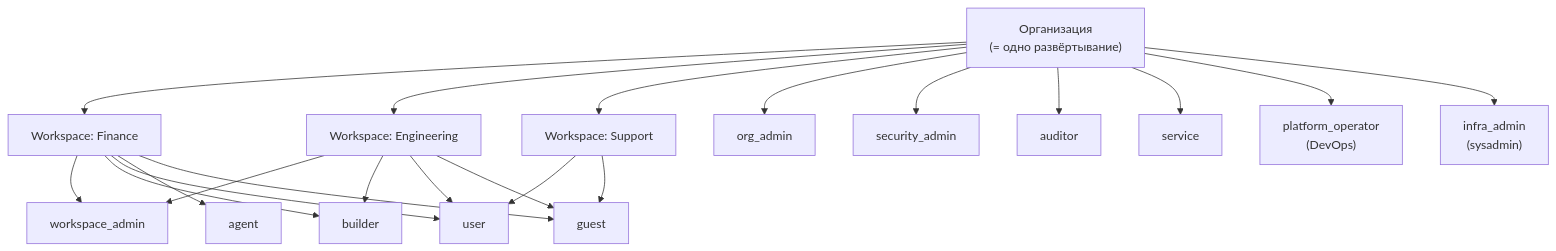
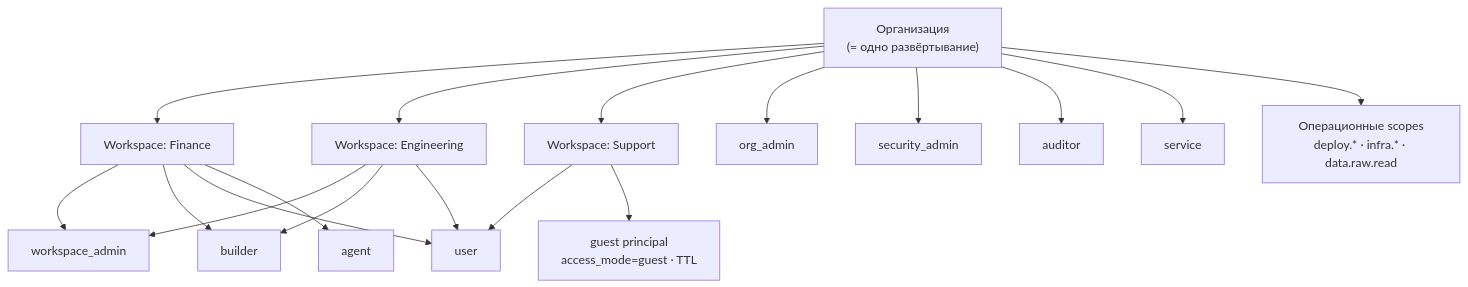
One commit to Alexeykoh/micro-model-agent changed the fourth of 10 diagrams in docs/specs/2026-11-03-enterprise-deployment-design.md. Above: the diagram before and after it, drawn with Mermaid. The commit also changed other lines of this file, not shown here.

````diff
--- a/docs/specs/2026-11-03-enterprise-deployment-design.md
+++ b/docs/specs/2026-11-03-enterprise-deployment-design.md
@@ -317,40 +317,37 @@
 ```mermaid
 flowchart TB
   ORG["Организация<br/>(= одно развёртывание)"]
   WS1["Workspace: Finance"]
   WS2["Workspace: Engineering"]
   WS3["Workspace: Support"]
 
   R1["org_admin"]
   R2["security_admin"]
   R3["workspace_admin"]
   R4["builder"]
   R5["user"]
   R6["auditor"]
   R7["service"]
   R8["agent"]
-  R9["guest"]
-  R10["platform_operator<br/>(DevOps)"]
-  R11["infra_admin<br/>(sysadmin)"]
+
+  G["guest principal<br/>access_mode=guest · TTL"]
+  S["Операционные scopes<br/>deploy.* · infra.* · data.raw.read"]
 
   ORG --> WS1
   ORG --> WS2
   ORG --> WS3
   ORG --> R1
   ORG --> R2
   ORG --> R6
   ORG --> R7
-  ORG --> R10
-  ORG --> R11
+  ORG --> S
   WS1 --> R3
   WS1 --> R4
   WS1 --> R5
   WS1 --> R8
-  WS1 --> R9
   WS2 --> R3
   WS2 --> R4
   WS2 --> R5
-  WS2 --> R9
   WS3 --> R5
-  WS3 --> R9
+  WS3 --> G
 ```
````
